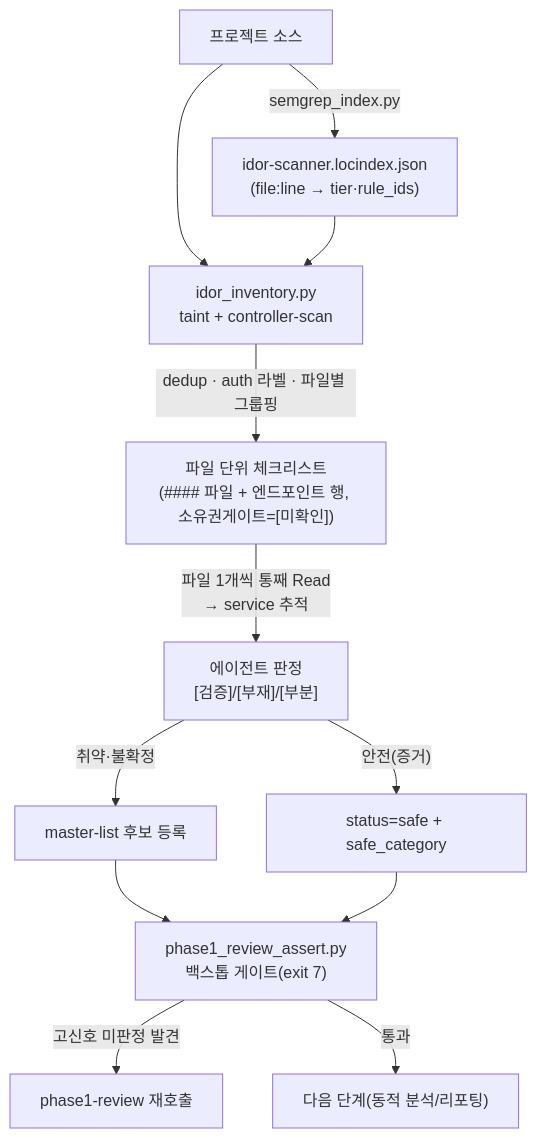
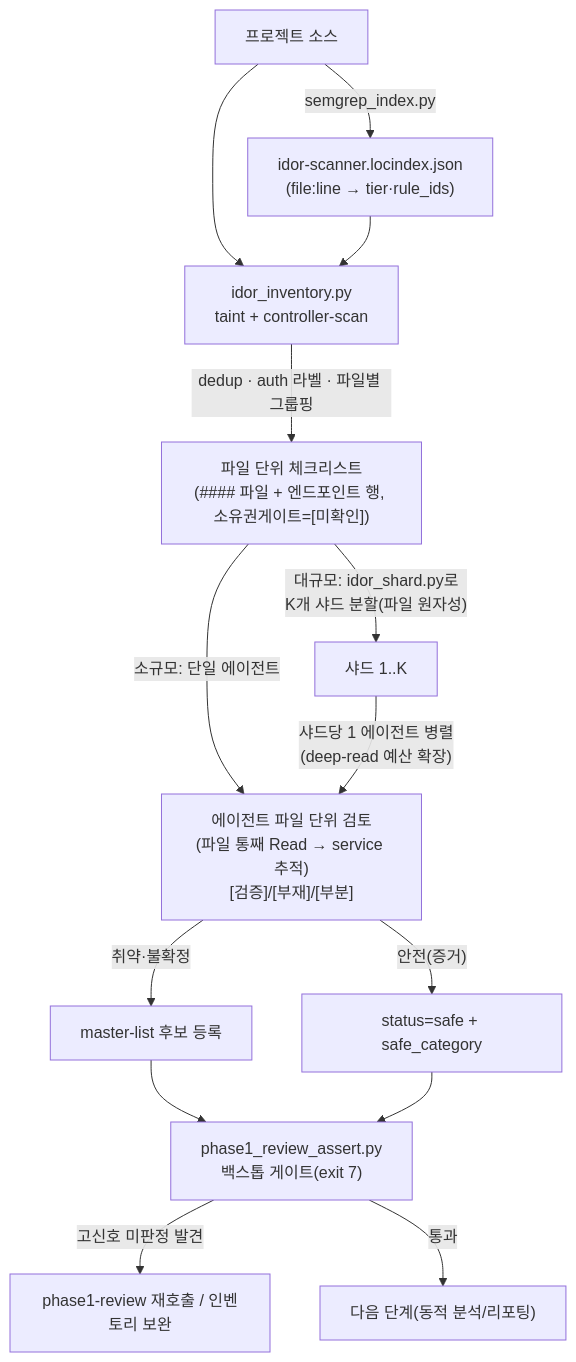
One commit to nomarlhack/noah-claude-plugin changed the diagram in skills/sast/docs/idor-scan-walkthrough.md. Above: the diagram before and after it, drawn with Mermaid. The commit also changed other lines of this file, not shown here.

First line of the commit message:
docs(idor): 스캔 설명서를 샤딩·게이트 확대 반영해 정확화

````diff
--- a/skills/sast/docs/idor-scan-walkthrough.md
+++ b/skills/sast/docs/idor-scan-walkthrough.md
@@ -21,14 +21,16 @@
 ```mermaid
 flowchart TD
     CODE["프로젝트 소스"] -->|semgrep_index.py| LOC["idor-scanner.locindex.json<br/>(file:line → tier·rule_ids)"]
     CODE --> INV
     LOC --> INV["idor_inventory.py<br/>taint + controller-scan"]
     INV -->|"dedup · auth 라벨 · 파일별 그룹핑"| CL["파일 단위 체크리스트<br/>(#### 파일 + 엔드포인트 행, 소유권게이트=[미확인])"]
-    CL -->|"파일 1개씩 통째 Read<br/>→ service 추적"| JUDGE["에이전트 판정<br/>[검증]/[부재]/[부분]"]
+    CL -->|"소규모: 단일 에이전트"| JUDGE["에이전트 파일 단위 검토<br/>(파일 통째 Read → service 추적)<br/>[검증]/[부재]/[부분]"]
+    CL -->|"대규모: idor_shard.py로<br/>K개 샤드 분할(파일 원자성)"| SHARD["샤드 1..K"]
+    SHARD -->|"샤드당 1 에이전트 병렬<br/>(deep-read 예산 확장)"| JUDGE
     JUDGE -->|"취약·불확정"| CAND["master-list 후보 등록"]
     JUDGE -->|"안전(증거)"| SAFE["status=safe + safe_category"]
     CAND --> GATE
     SAFE --> GATE["phase1_review_assert.py<br/>백스톱 게이트(exit 7)"]
-    GATE -->|"고신호 미판정 발견"| REDO["phase1-review 재호출"]
+    GATE -->|"고신호 미판정 발견"| REDO["phase1-review 재호출 / 인벤토리 보완"]
     GATE -->|"통과"| NEXT["다음 단계(동적 분석/리포팅)"]
 ```
````
